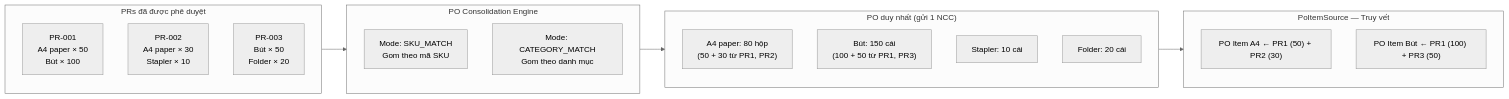
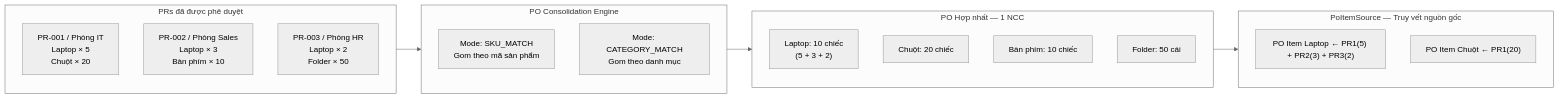
Before and after one commit to NguyenDinhNam28803/Order_Management_System: the fourth of 10 diagrams in README.md, drawn with Mermaid (neutral theme). The commit also changed other lines of this file, not shown here.

````diff
--- a/README.md
+++ b/README.md
@@ -218,30 +253,30 @@
 ```mermaid
 flowchart LR
     subgraph PRs["PRs đã được phê duyệt"]
-        PR1["PR-001\nA4 paper × 50\nBút × 100"]
-        PR2["PR-002\nA4 paper × 30\nStapler × 10"]
-        PR3["PR-003\nBút × 50\nFolder × 20"]
+        PR1["PR-001 / Phòng IT\nLaptop × 5\nChuột × 20"]
+        PR2["PR-002 / Phòng Sales\nLaptop × 3\nBàn phím × 10"]
+        PR3["PR-003 / Phòng HR\nLaptop × 2\nFolder × 50"]
     end
 
     subgraph Consolidate["PO Consolidation Engine"]
         direction TB
-        M1["Mode: SKU_MATCH\nGom theo mã SKU"] 
+        M1["Mode: SKU_MATCH\nGom theo mã sản phẩm"]
         M2["Mode: CATEGORY_MATCH\nGom theo danh mục"]
     end
 
-    subgraph PO["PO duy nhất (gửi 1 NCC)"]
-        I1["A4 paper: 80 hộp\n(50 + 30 từ PR1, PR2)"]
-        I2["Bút: 150 cái\n(100 + 50 từ PR1, PR3)"]
-        I3["Stapler: 10 cái"]
-        I4["Folder: 20 cái"]
+    subgraph PO["PO Hợp nhất — 1 NCC"]
+        I1["Laptop: 10 chiếc\n(5 + 3 + 2)"]
+        I2["Chuột: 20 chiếc"]
+        I3["Bàn phím: 10 chiếc"]
+        I4["Folder: 50 cái"]
     end
 
-    subgraph Trace["PoItemSource — Truy vết"]
-        T1["PO Item A4 ← PR1 (50) + PR2 (30)"]
-        T2["PO Item Bút ← PR1 (100) + PR3 (50)"]
+    subgraph Trace["PoItemSource — Truy vết nguồn gốc"]
+        T1["PO Item Laptop ← PR1(5) + PR2(3) + PR3(2)"]
+        T2["PO Item Chuột ← PR1(20)"]
     end
 
     PRs --> Consolidate
     Consolidate --> PO
     PO --> Trace
 ```
````
